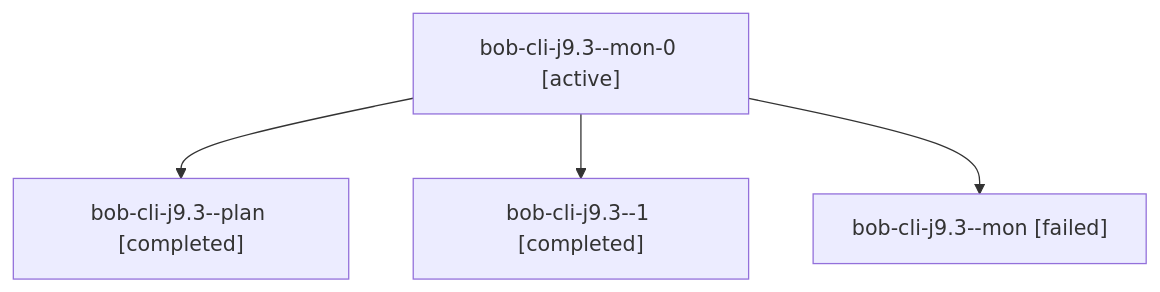
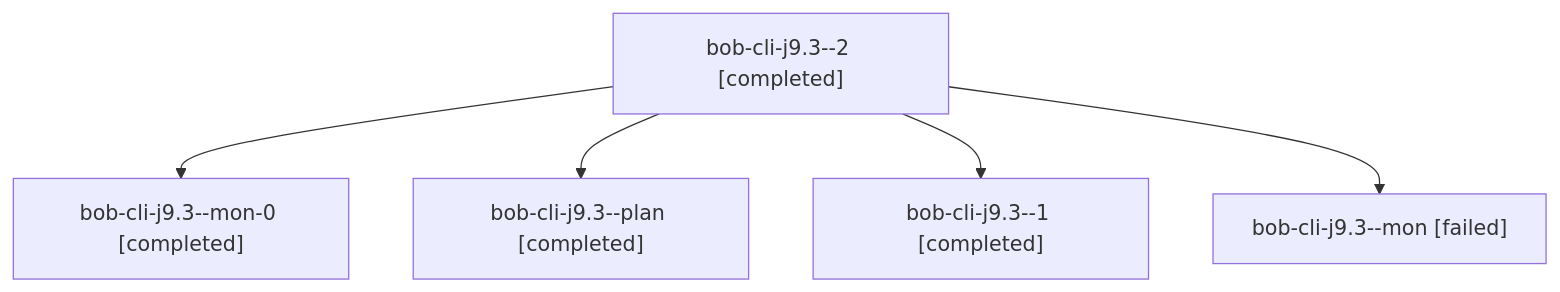
Before and after one commit to bobs-org/bob-cli--agents: the diagram in sessions/bbugyi200.apollo.bob-cli-j9.3.md, drawn with Mermaid. The commit also changed other lines of this file and 34 other files, not shown here.

````diff
--- a/sessions/bbugyi200.apollo.bob-cli-j9.3.md
+++ b/sessions/bbugyi200.apollo.bob-cli-j9.3.md
@@ -9,10 +9,12 @@
 ```mermaid
 flowchart TD
-  n0["bob-cli-j9.3--mon-0 [active]"]
-  n1["bob-cli-j9.3--plan [completed]"]
+  n0["bob-cli-j9.3--2 [completed]"]
+  n1["bob-cli-j9.3--mon-0 [completed]"]
   n0 --> n1
-  n2["bob-cli-j9.3--1 [completed]"]
+  n2["bob-cli-j9.3--plan [completed]"]
   n0 --> n2
-  n3["bob-cli-j9.3--mon [failed]"]
+  n3["bob-cli-j9.3--1 [completed]"]
   n0 --> n3
+  n4["bob-cli-j9.3--mon [failed]"]
+  n0 --> n4
 ```
````
